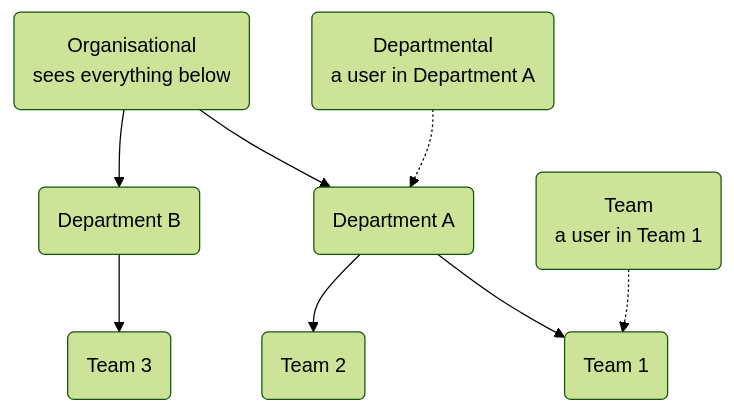
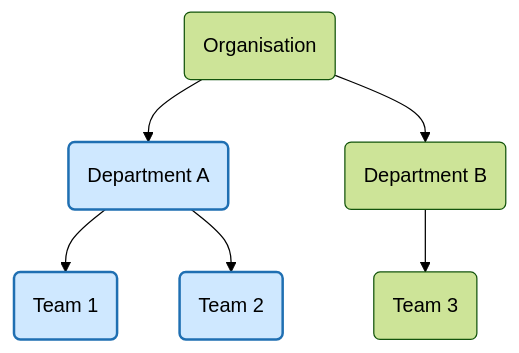
The diagram in docs/reference/glossary.md (Botlhale-AI/docs-vela), drawn with Mermaid (forest theme) before and after one commit. The commit also changed other lines of this file and 11 other files, not shown here.

````diff
--- a/docs/reference/glossary.md
+++ b/docs/reference/glossary.md
@@ -23,10 +25,10 @@
 ```mermaid
 flowchart TD
-    O("Organisational<br/>sees everything below") --> D1("Department A")
+    O("Organisation") --> D1("Department A")
     O --> D2("Department B")
     D1 --> T1("Team 1")
     D1 --> T2("Team 2")
     D2 --> T3("Team 3")
-    DA("Departmental<br/>a user in Department A") -.-> D1
-    TA("Team<br/>a user in Team 1") -.-> T1
+    classDef visible fill:#cfe8ff,stroke:#1f6fb2,stroke-width:2px,color:#000
+    class D1,T1,T2 visible
 ```
````
